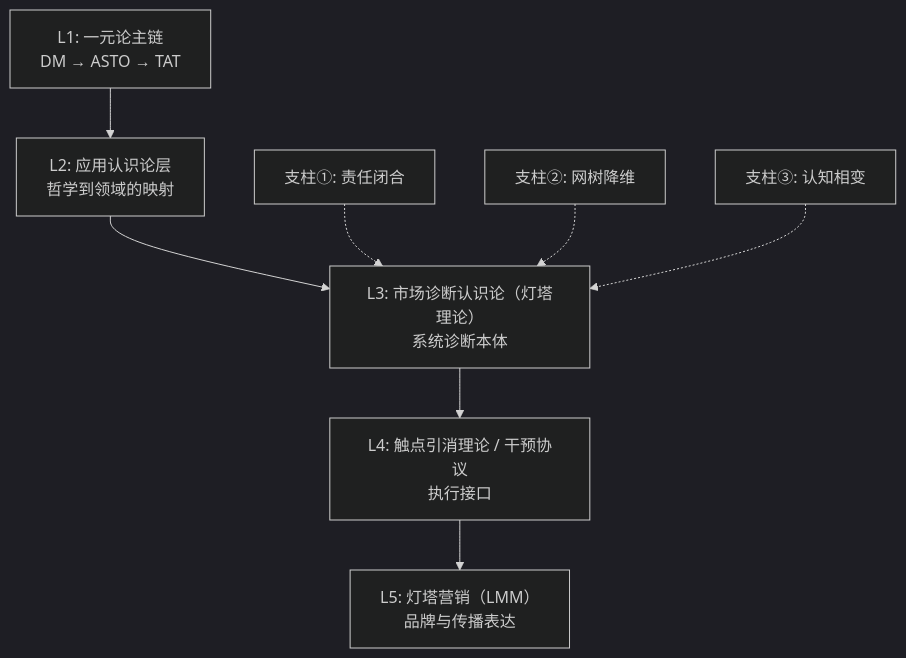
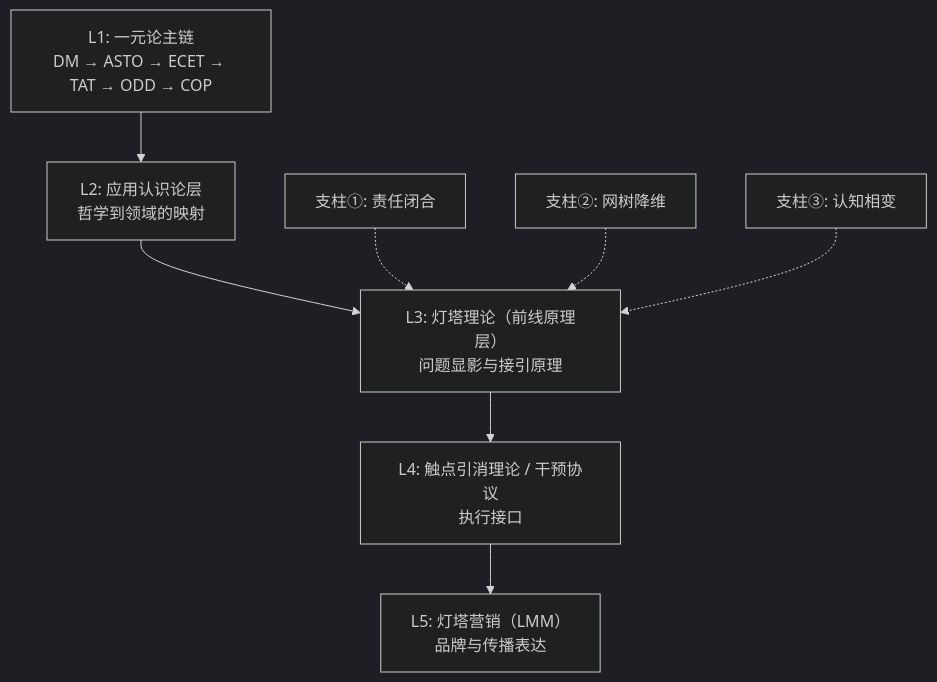
One commit to DeepKit/difference-monism changed the diagram in 52-认知方法层（LMM）/01.LMM理论/LMM.理论.003-理论基础与系统架构.md. Above: the diagram before and after it, drawn with Mermaid (dark theme). The commit also changed other lines of this file and 442 other files, not shown here.

````diff
--- a/52-认知方法层（LMM）/01.LMM理论/LMM.理论.003-理论基础与系统架构.md
+++ b/52-认知方法层（LMM）/01.LMM理论/LMM.理论.003-理论基础与系统架构.md
@@ -43,14 +43,14 @@
 ```mermaid
 graph TD
-    L1["L1: 一元论主链<br/>DM → ASTO → TAT"]
+    L1["L1: 一元论主链<br/>DM → ASTO → ECET → TAT → ODD → COP"]
     L2["L2: 应用认识论层<br/>哲学到领域的映射"]
-    L3["L3: 市场诊断认识论（灯塔理论）<br/>系统诊断本体"]
+    L3["L3: 灯塔理论（前线原理层）<br/>问题显影与接引原理"]
     L4["L4: 触点引消理论 / 干预协议<br/>执行接口"]
     L5["L5: 灯塔营销（LMM）<br/>品牌与传播表达"]
 
     L1 --> L2 --> L3 --> L4 --> L5
 
     P1["支柱①: 责任闭合"] -.-> L3
     P2["支柱②: 网树降维"] -.-> L3
     P3["支柱③: 认知相变"] -.-> L3
 ```
````
